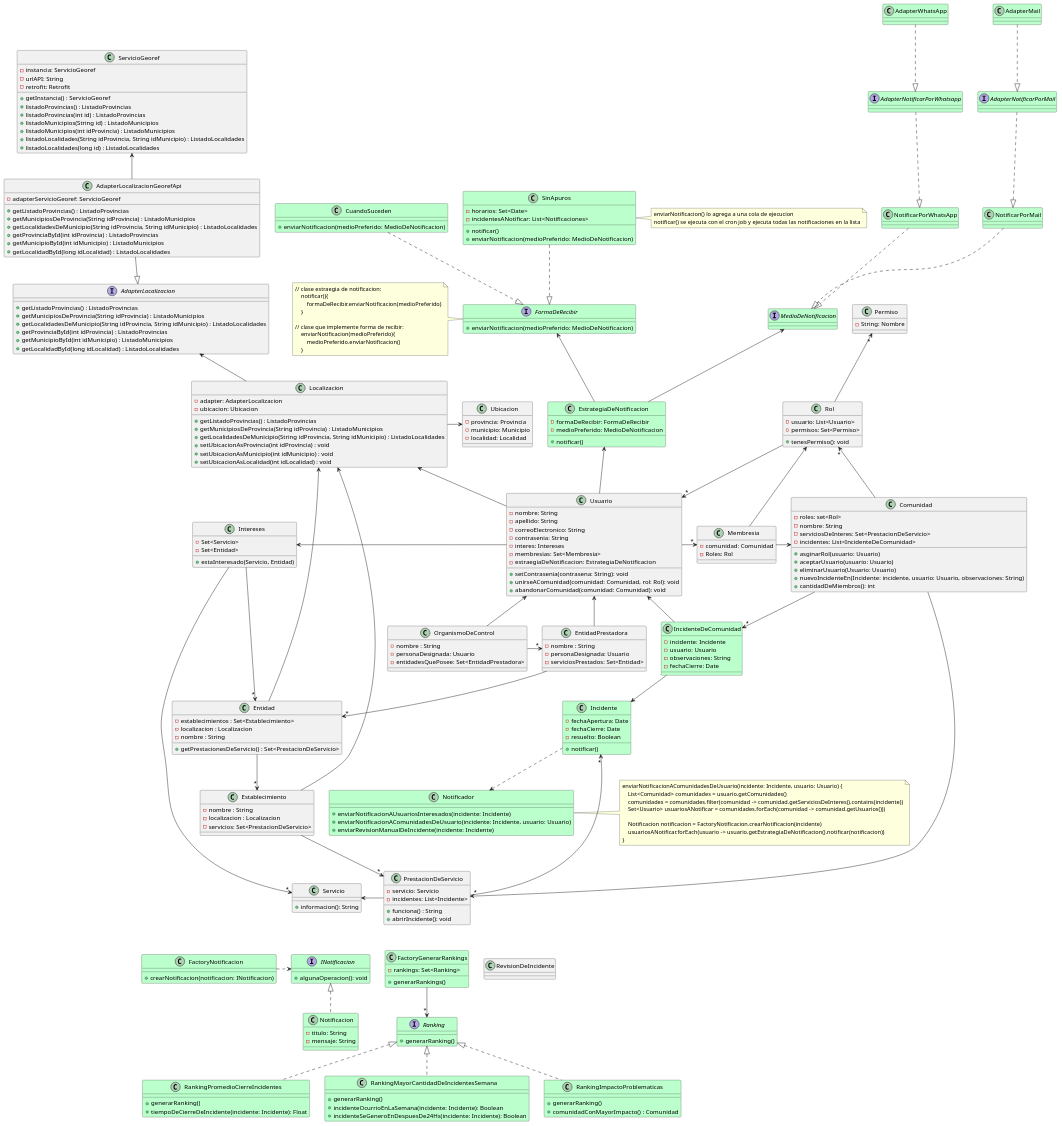
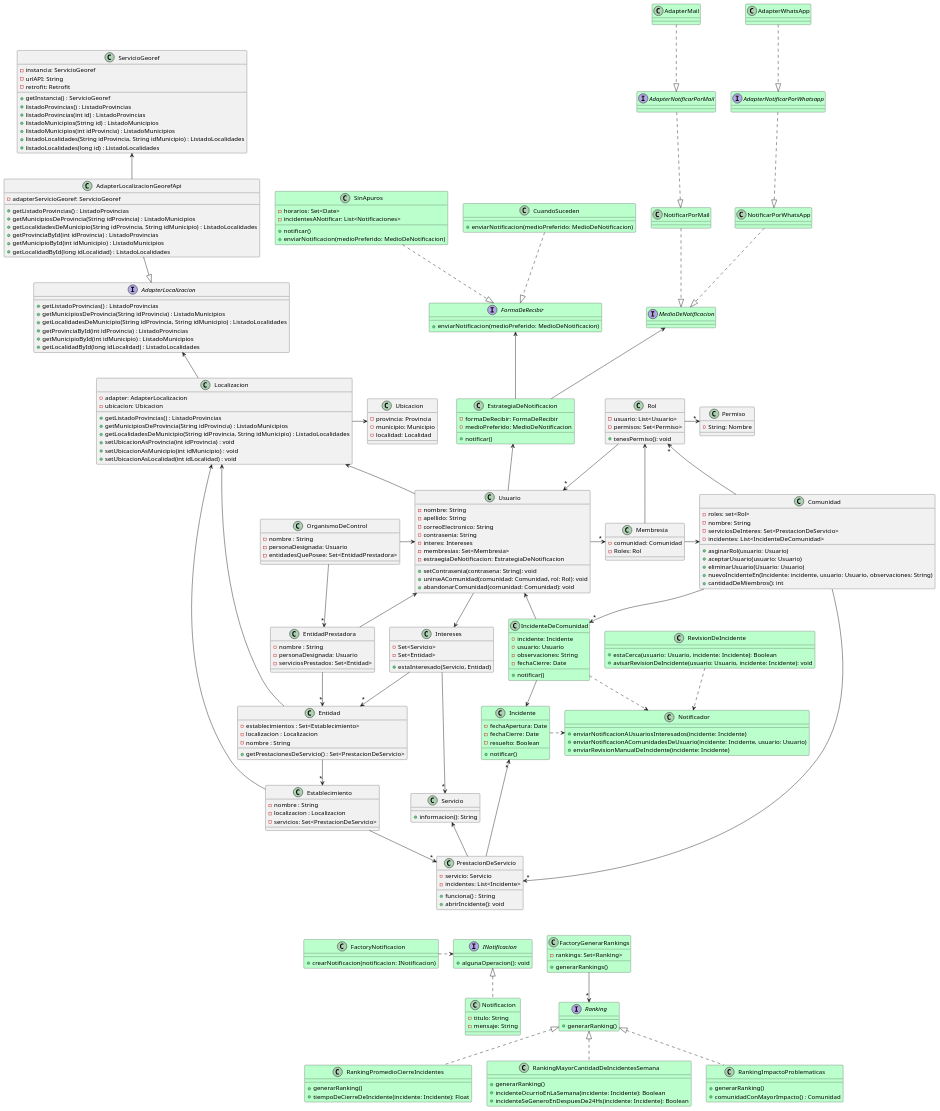
Before and after one commit to AndyTrias/comunidades-apoyo-movilidad-reducida-: the diagram in Entregables/DiagramaDeClases.wsd, drawn with PlantUML. The commit also changed 5 other files, not shown here.

```diff
--- a/Entregables/DiagramaDeClases.wsd
+++ b/Entregables/DiagramaDeClases.wsd
@@ -189,11 +189,11 @@
 Localizacion -> Ubicacion
 
 EntidadPrestadora --> "*" Entidad
-OrganismoDeControl -> "*" EntidadPrestadora
+OrganismoDeControl --> "*" EntidadPrestadora
 
 
-Servicio <- PrestacionDeServicio
-Comunidad -> "*" PrestacionDeServicio
+Servicio <-- PrestacionDeServicio
+Comunidad --> "*" PrestacionDeServicio
 Entidad --> "*" Establecimiento
 Intereses --> "*" Entidad
 Intereses --> "*" Servicio 
@@ -203,14 +203,14 @@
 
 
 Usuario <-- EntidadPrestadora
-Usuario <-- OrganismoDeControl
+OrganismoDeControl -> Usuario
 Rol --> "*" Usuario
-Permiso "*" <-- Rol
+Rol -> "*" Permiso
 Rol "*" <- Comunidad
 Usuario -> "*" Membresia
 Membresia -> Comunidad
 Rol <-- Membresia
-Intereses <- Usuario
+Usuario --> Intereses
 
 
 
@@ -236,6 +236,8 @@
     - usuario: Usuario
     - observaciones: String
     - fechaCierre: Date
+
+    + notificar()
 }
 
 Incidente "*" <-- PrestacionDeServicio 
@@ -244,6 +246,7 @@
 IncidenteDeComunidad --> Usuario
 
 /' CONFIGURACION DE NOTIFICACIONES '/
+
 Class EstrategiaDeNotificacion #bbffcc{
     - formaDeRecibir: FormaDeRecibir
     - medioPreferido: MedioDeNotificacion
@@ -297,12 +300,13 @@
     + enviarNotificacion(medioPreferido: MedioDeNotificacion)
 }
 
-note right of SinApuros
-    enviarNotificacion() lo agrega a una cola de ejecucion
-    notificar() se ejecuta con el cron job y ejecuta todas las notificaciones en la lista
-end note
+/' NOTIFICACIONES '/
 
-/' NOTIFICACIONES '/
+Class Notificador #bbffcc{
+    + enviarNotificacionAUsuariosInteresados(incidente: Incidente)
+    + enviarNotificacionAComunidadesDeUsuario(incidente: Incidente, usuario: Usuario)
+    + enviarRevisionManualDeIncidente(incidente: Incidente)
+}
 
 Class FactoryNotificacion #bbffcc{
     + crearNotificacion(notificacion: INotificacion) 
@@ -339,43 +343,17 @@
 FactoryNotificacion .> INotificacion
 INotificacion <|.. Notificacion
 
-Class Notificador #bbffcc{
-    + enviarNotificacionAUsuariosInteresados(incidente: Incidente)
-    + enviarNotificacionAComunidadesDeUsuario(incidente: Incidente, usuario: Usuario)
-    + enviarRevisionManualDeIncidente(incidente: Incidente)
-}
-
-note right of Notificador
-enviarNotificacionAComunidadesDeUsuario(incidente: Incidente, usuario: Usuario) {
-    List<Comunidad> comunidades = usuario.getComunidades()
-    comunidades = comunidades.filter(comunidad -> comunidad.getServiciosDeInteres().contains(incidente))
-    Set<Usuario> usuariosANotificar = comunidades.forEach(comunidad -> comunidad.getUsuarios()))
-    
-    Notificacion notificacion = FactoryNotificacion.crearNotificacion(incidente)
-    usuariosANotificar.forEach(usuario -> usuario.getEstrategiaDeNotificacion().notificar(notificacion))
-}
-end note
-
-note left of FormaDeRecibir
-// clase estraegia de notificacion:
-    notificar(){
-        formaDeRecibir.enviarNotificacion(medioPreferido)
-    }
-
-// clase que implemente forma de recibir:
-    enviarNotificacion(medioPreferido){
-        medioPreferido.enviarNotificacion()
-    }
-end note
-
-Incidente ..> Notificador
+Incidente .> Notificador
+IncidenteDeComunidad .> Notificador
 
 /' SUGERENCIA REVISION DE INCIDENTE '/
 
-/' Class RevisionDeIncidente {
-    + estaCerca(miembro: Miembro, incidente: Incidente): Boolean
-    + avisarRevisionDeIncidente(miembro: Miembro, incidente: Incidente): void
-} '/
+Class RevisionDeIncidente #bbffcc{
+    + estaCerca(usuario: Usuario, incidente: Incidente): Boolean
+    + avisarRevisionDeIncidente(usuario: Usuario, incidente: Incidente): void
+}
+
+RevisionDeIncidente ..> Notificador
 
 
 /' RANKINGS '/
@@ -448,7 +426,6 @@
 Membresia --> TipoDeUsuario '/
 
 PrestacionDeServicio -[hidden]-> FactoryNotificacion
-PrestacionDeServicio -[hidden]-> RevisionDeIncidente
 PrestacionDeServicio -[hidden]-> FactoryGenerarRankings
 
 @enduml
```
